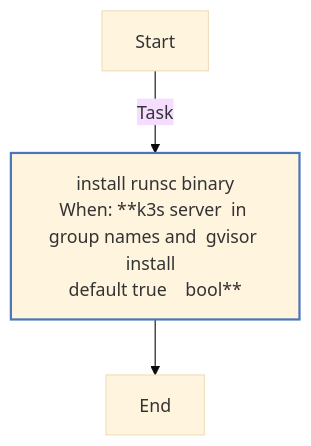
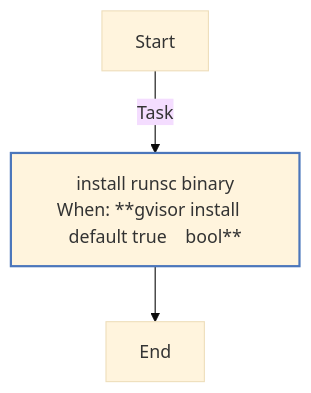
One commit to rou-cru/k3s-homelab changed the first of 3 diagrams in roles/gvisor/README.md. Above: the diagram before and after it, drawn with Mermaid (base theme). The commit also changed other lines of this file and 42 other files, not shown here.

````diff
--- a/roles/gvisor/README.md
+++ b/roles/gvisor/README.md
@@ -91,15 +88,15 @@
 ```mermaid
 flowchart TD
 Start
 classDef block stroke:#3498db,stroke-width:2px;
 classDef task stroke:#4b76bb,stroke-width:2px;
 classDef includeTasks stroke:#16a085,stroke-width:2px;
 classDef importTasks stroke:#34495e,stroke-width:2px;
 classDef includeRole stroke:#2980b9,stroke-width:2px;
 classDef importRole stroke:#699ba7,stroke-width:2px;
 classDef includeVars stroke:#8e44ad,stroke-width:2px;
 classDef rescue stroke:#665352,stroke-width:2px;
 
-  Start-->|Task| Install_runsc_binary0[install runsc binary<br>When: **k3s server  in group names and  gvisor install  <br>default true    bool**]:::task
+  Start-->|Task| Install_runsc_binary0[install runsc binary<br>When: **gvisor install   default true    bool**]:::task
   Install_runsc_binary0-->End
 ```
````
